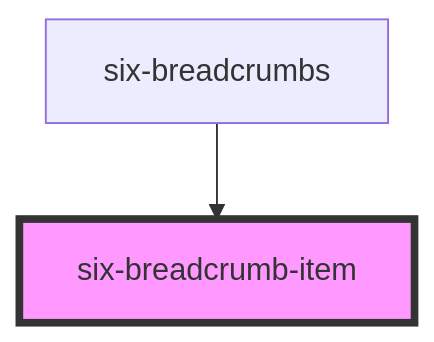
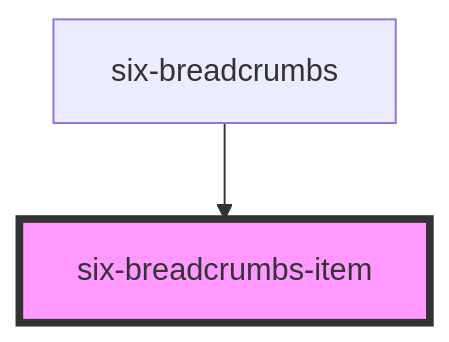
The diagram in libraries/ui-library/src/components/six-breadcrumbs-item/readme.md (six-group/six-webcomponents), drawn with Mermaid before and after one commit. The commit also changed 14 other files, not shown here.

Commit message:
fix: renamed to six-breadcrumbs-item

````diff
--- a/libraries/ui-library/src/components/six-breadcrumbs-item/readme.md
+++ b/libraries/ui-library/src/components/six-breadcrumbs-item/readme.md
@@ -30,5 +30,5 @@
 ```mermaid
 graph TD;
-  six-breadcrumbs --> six-breadcrumb-item
-  style six-breadcrumb-item fill:#f9f,stroke:#333,stroke-width:4px
+  six-breadcrumbs --> six-breadcrumbs-item
+  style six-breadcrumbs-item fill:#f9f,stroke:#333,stroke-width:4px
 ```
````
